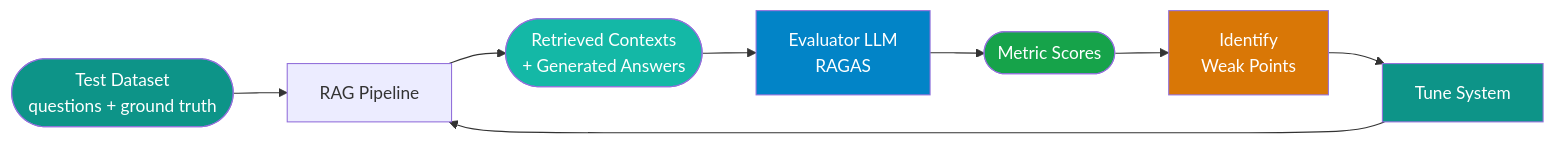
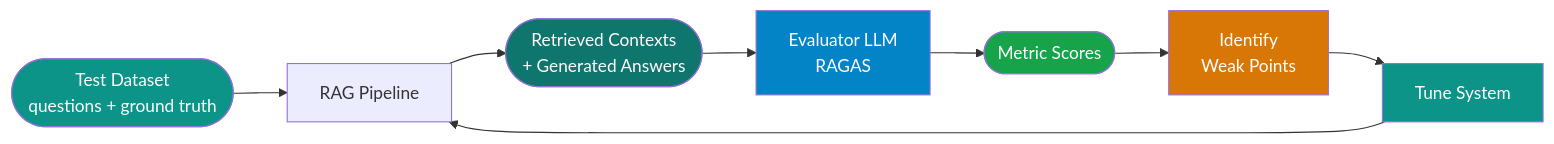
The diagram in docs/rag/rag-evaluation.md (nitin27may/ai-resources), drawn with Mermaid before and after one commit. The commit also changed other lines of this file and 84 other files, not shown here.

````diff
--- a/docs/rag/rag-evaluation.md
+++ b/docs/rag/rag-evaluation.md
@@ -91,16 +97,16 @@
 ```mermaid
 flowchart LR
-    A([Test Dataset\nquestions + ground truth]):::primary --> B[RAG Pipeline]
-    B --> C([Retrieved Contexts\n+ Generated Answers]):::storage
-    C --> D[Evaluator LLM\nRAGAS]:::processing
+    A([Test Dataset<br/>questions + ground truth]):::primary --> B[RAG Pipeline]
+    B --> C([Retrieved Contexts<br/>+ Generated Answers]):::storage
+    C --> D[Evaluator LLM<br/>RAGAS]:::processing
     D --> E([Metric Scores]):::success
-    E --> F[Identify\nWeak Points]:::warning
+    E --> F[Identify<br/>Weak Points]:::warning
     F --> G[Tune System]:::primary
     G --> B
 
     classDef primary fill:#0d9488,color:#fff
-    classDef storage fill:#14b8a6,color:#fff
+    classDef storage fill:#0f766e,color:#fff
     classDef processing fill:#0284c7,color:#fff
     classDef success fill:#16a34a,color:#fff
     classDef warning fill:#d97706,color:#fff
 ```
````
